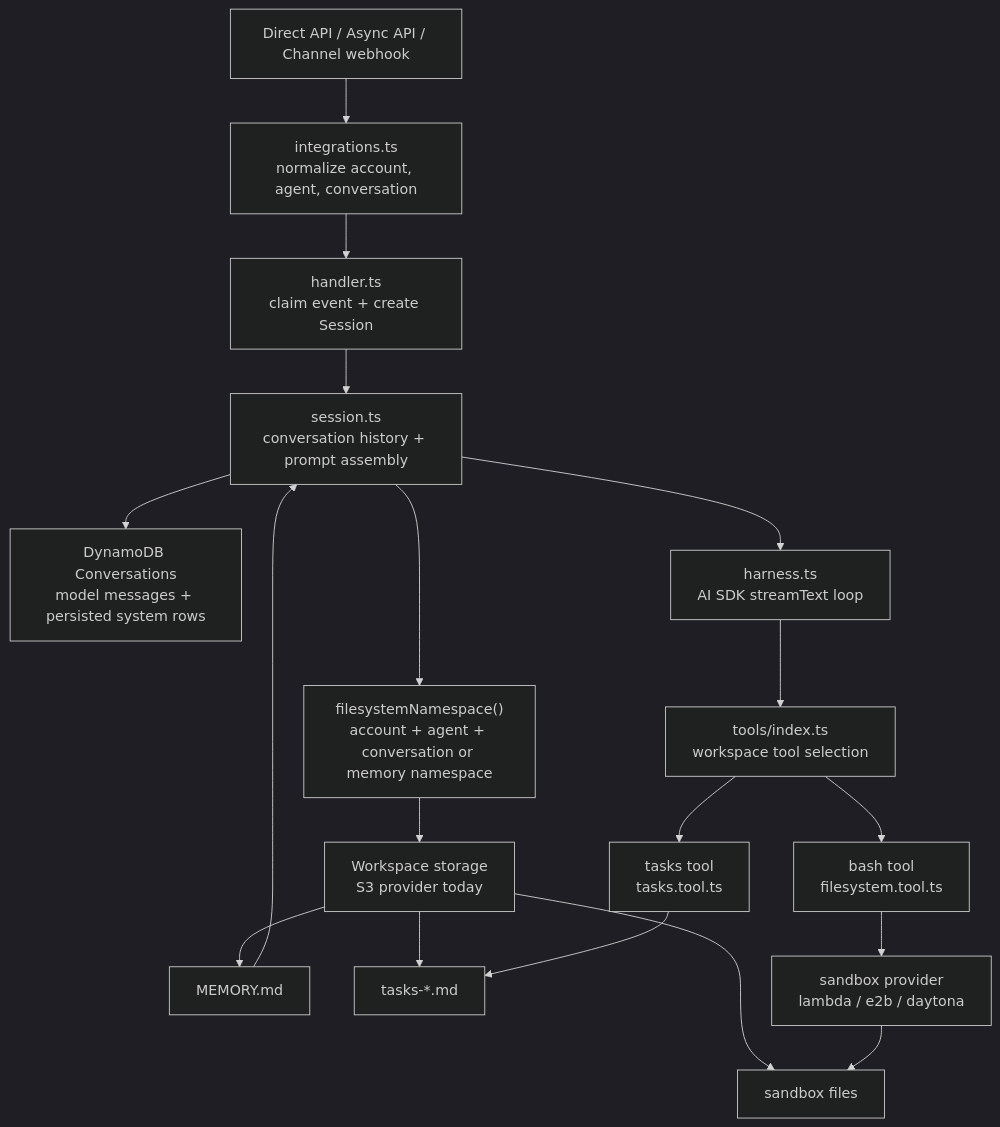
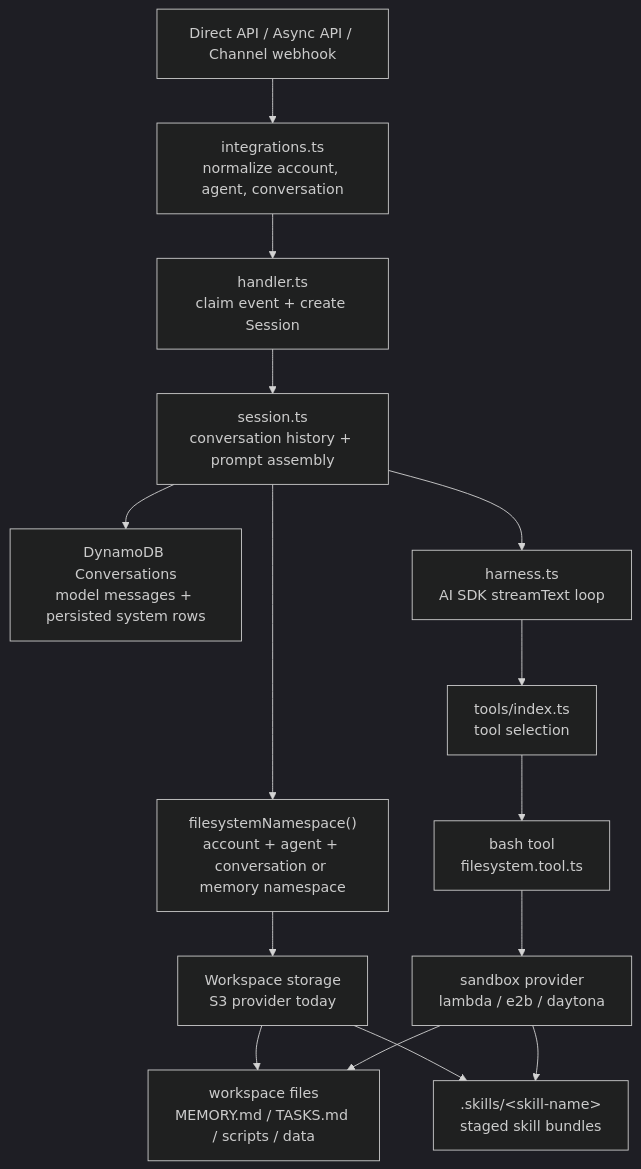
Before and after one commit to beeblastco/broods: the diagram in docs/workspace/index.md, drawn with Mermaid (dark theme). The commit also changed other lines of this file and 41 other files, not shown here.

First line of the commit message:
feat: stage skills into sandbox with publish-back, drop memory/tasks tools

````diff
--- a/docs/workspace/index.md
+++ b/docs/workspace/index.md
@@ -46,21 +49,18 @@
 ```mermaid
 flowchart TD
   Request["Direct API / Async API / Channel webhook"] --> Integrations["integrations.ts<br/>normalize account, agent, conversation"]
   Integrations --> Handler["handler.ts<br/>claim event + create Session"]
   Handler --> Session["session.ts<br/>conversation history + prompt assembly"]
   Session --> History["DynamoDB Conversations<br/>model messages + persisted system rows"]
   Session --> Namespace["filesystemNamespace()<br/>account + agent + conversation or memory namespace"]
   Namespace --> Storage["Workspace storage<br/>S3 provider today"]
-  Storage --> Memory["MEMORY.md"]
-  Storage --> TaskFiles["tasks-*.md"]
-  Storage --> Files["sandbox files"]
+  Storage --> Files["workspace files<br/>MEMORY.md / TASKS.md / scripts / data"]
+  Storage --> StagedSkills[".skills/&lt;skill-name&gt;<br/>staged skill bundles"]
 
   Session --> Harness["harness.ts<br/>AI SDK streamText loop"]
-  Harness --> Tools["tools/index.ts<br/>workspace tool selection"]
+  Harness --> Tools["tools/index.ts<br/>tool selection"]
   Tools --> Bash["bash tool<br/>filesystem.tool.ts"]
-  Tools --> Tasks["tasks tool<br/>tasks.tool.ts"]
   Bash --> Sandbox["sandbox provider<br/>lambda / e2b / daytona"]
   Sandbox --> Files
-  Tasks --> TaskFiles
-  Memory --> Session
+  Sandbox --> StagedSkills
 ```
````
